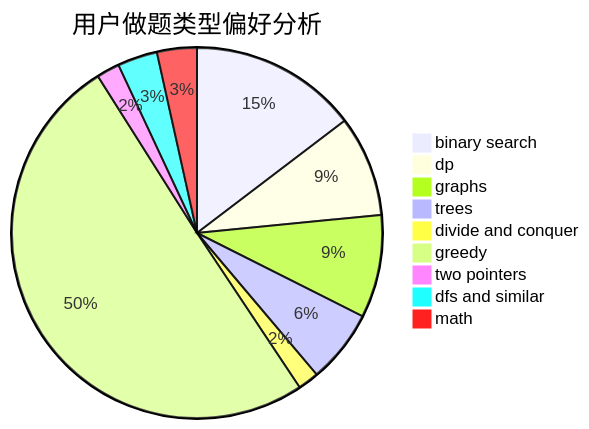
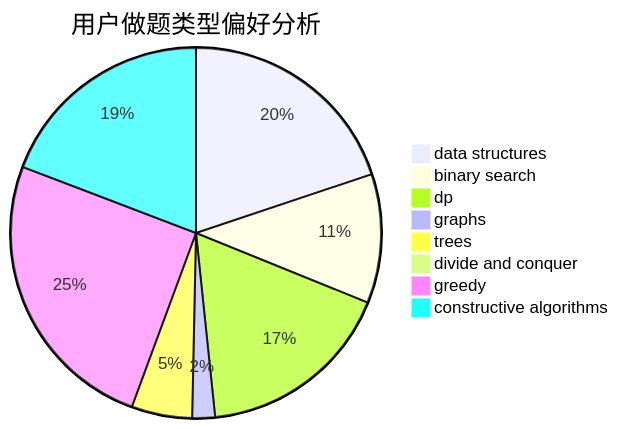
Before and after one commit to sherpahu/cfrs.github.io: the second of 3 diagrams in docs/user/u1233.md, drawn with Mermaid. The commit also changed other lines of this file and 2775 other files, not shown here.

````diff
--- a/docs/user/u1233.md
+++ b/docs/user/u1233.md
@@ -23,12 +23,11 @@
 ```mermaid
 pie title 用户做题类型偏好分析
-    "binary search" :  80
-    "dp" :  48
-    "graphs" :  49
-    "trees" :  35
-    "divide and conquer" :  10
-    "greedy" :  275
-    "two pointers" :  11
-    "dfs and similar" :  19
-    "math" :  19
+    "data structures" :  30
+    "binary search" :  17
+    "dp" :  26
+    "graphs" :  3
+    "trees" :  8
+    "divide and conquer" :  0
+    "greedy" :  38
+    "constructive algorithms" :  29
 ```
````
